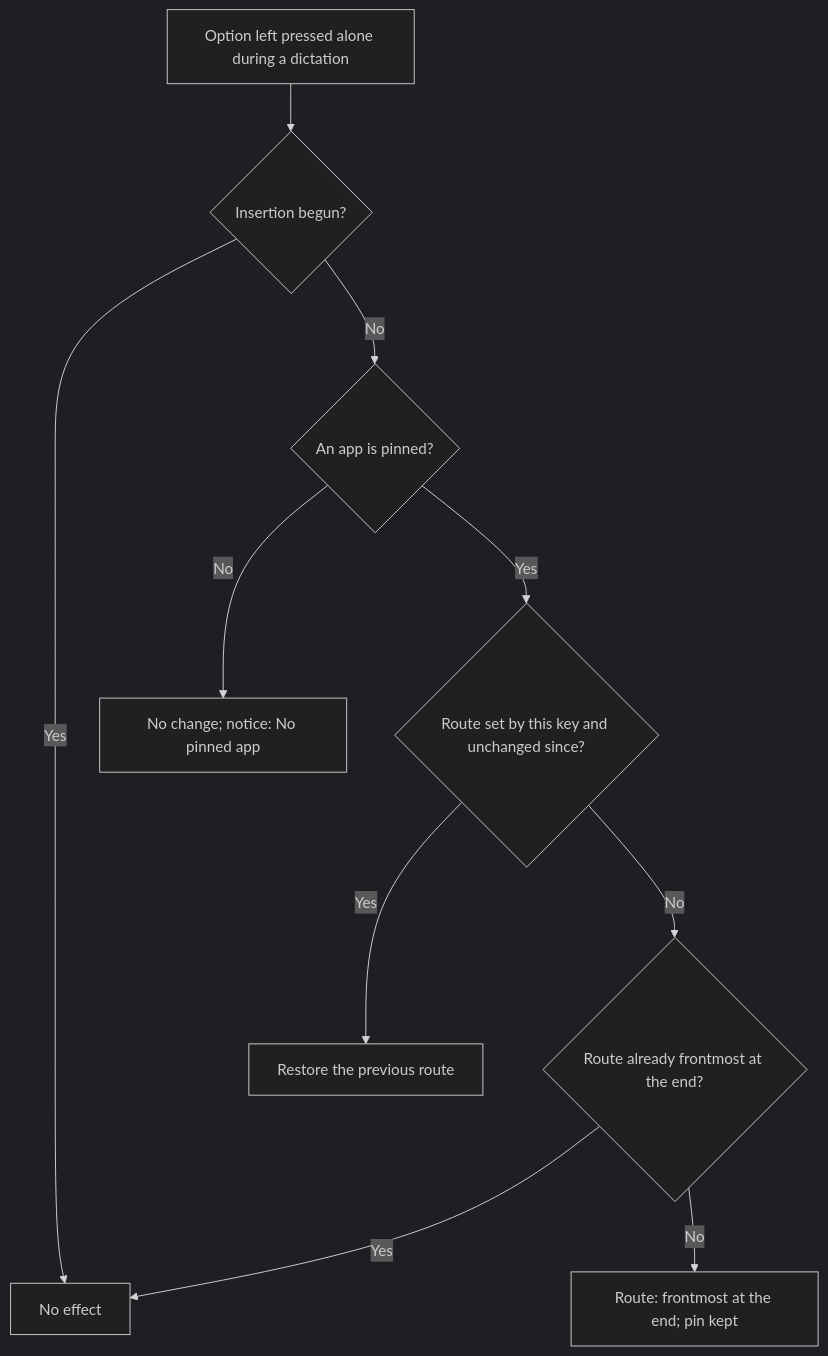
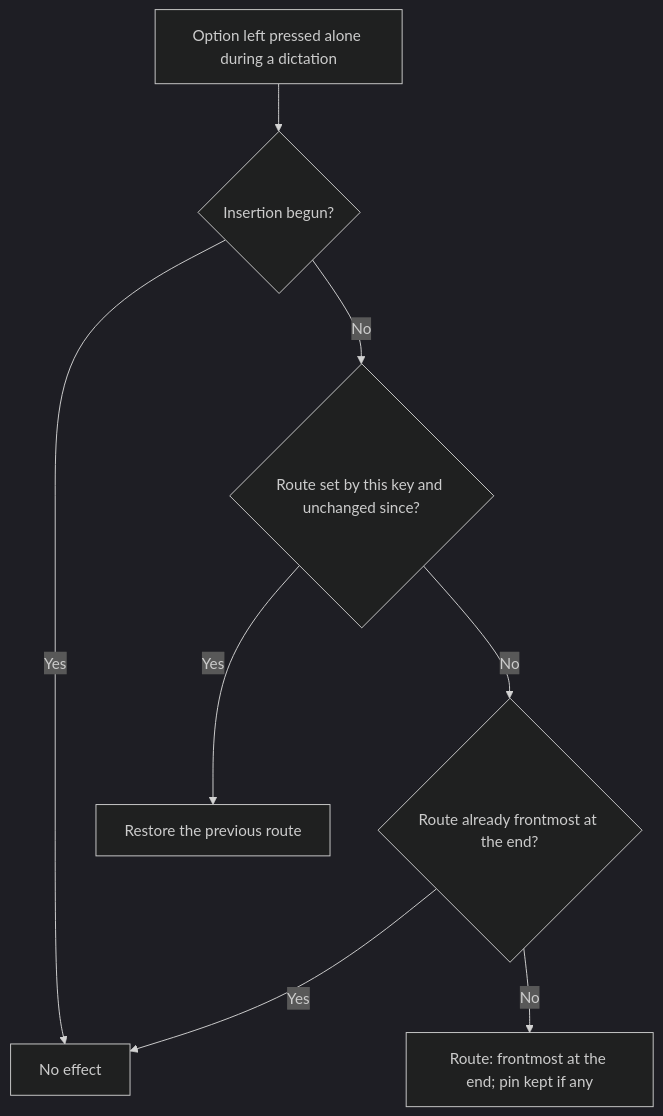
One commit to julien-m/handy changed the first of 4 diagrams in .specs/features/014-in-dictation-keys/spec.md. Above: the diagram before and after it, drawn with Mermaid (dark theme). The commit also changed other lines of this file and 42 other files, not shown here.

````diff
--- a/.specs/features/014-in-dictation-keys/spec.md
+++ b/.specs/features/014-in-dictation-keys/spec.md
@@ -67,12 +69,10 @@
 ```mermaid
 flowchart TD
   A[Option left pressed alone during a dictation] --> B{Insertion begun?}
   B -- Yes --> Z[No effect]
-  B -- No --> C{An app is pinned?}
-  C -- No --> N[No change; notice: No pinned app]
-  C -- Yes --> D{Route set by this key and unchanged since?}
+  B -- No --> D{Route set by this key and unchanged since?}
   D -- Yes --> E[Restore the previous route]
   D -- No --> F{Route already frontmost at the end?}
   F -- Yes --> Z
-  F -- No --> G[Route: frontmost at the end; pin kept]
+  F -- No --> G[Route: frontmost at the end; pin kept if any]
 ```
````
